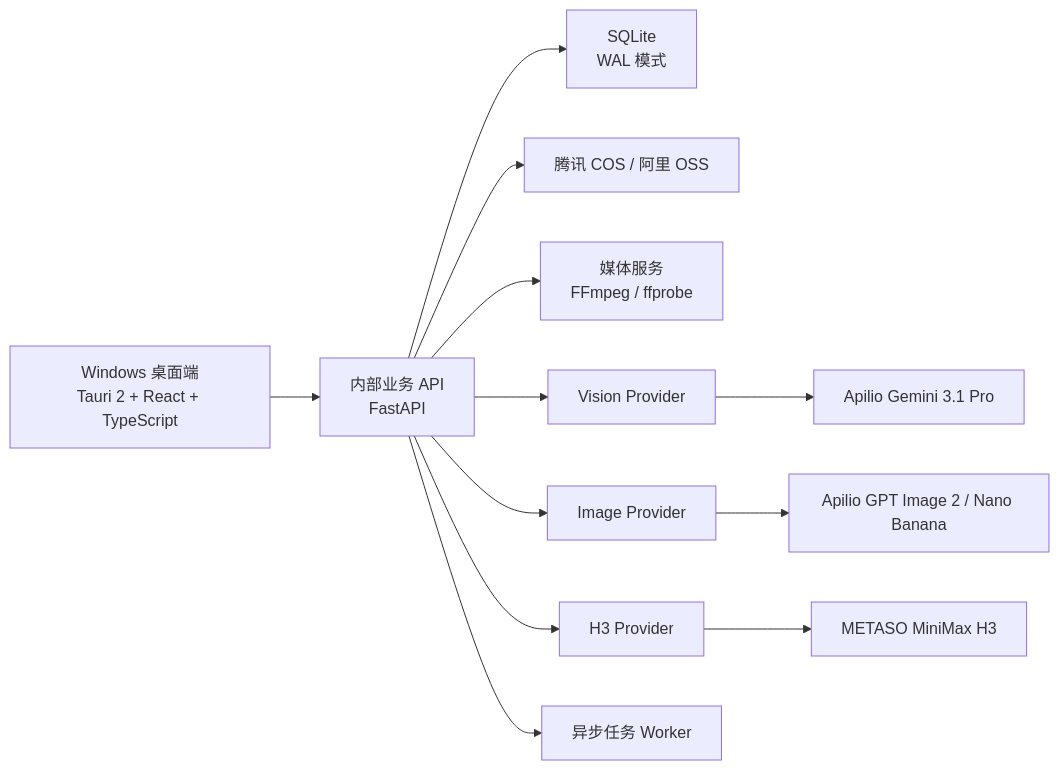
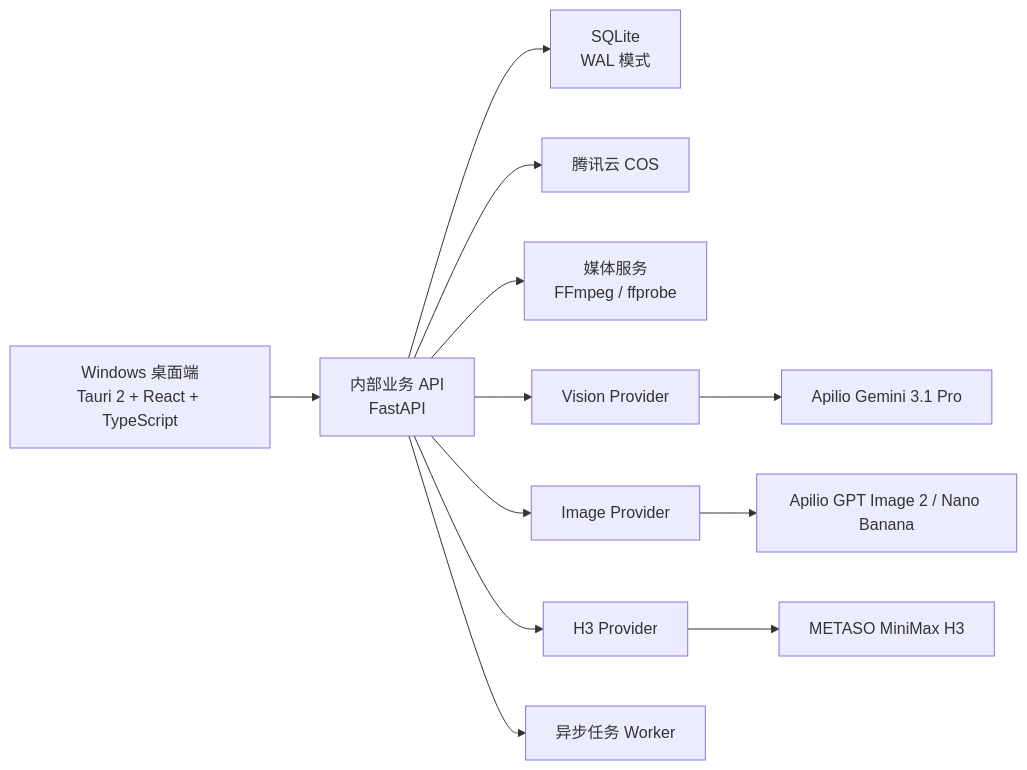
The second of 2 diagrams in docs/短视频复刻桌面端开发说明.md (phlong026/xiangshu-video-replica), drawn with Mermaid before and after one commit. The commit also changed other lines of this file and 40 other files, not shown here.

```diff
--- a/docs/短视频复刻桌面端开发说明.md
+++ b/docs/短视频复刻桌面端开发说明.md
@@ -1262,14 +1252,14 @@
 ~~~mermaid
 flowchart LR
     A["Windows 桌面端<br/>Tauri 2 + React + TypeScript"] --> B["内部业务 API<br/>FastAPI"]
     B --> C["SQLite<br/>WAL 模式"]
-    B --> D["腾讯 COS / 阿里 OSS"]
+    B --> D["腾讯云 COS"]
     B --> E["媒体服务<br/>FFmpeg / ffprobe"]
     B --> F["Vision Provider"]
     B --> G["Image Provider"]
     B --> H["H3 Provider"]
     B --> J["异步任务 Worker"]
     F --> K["Apilio Gemini 3.1 Pro"]
     G --> L["Apilio GPT Image 2 / Nano Banana"]
     H --> M["METASO MiniMax H3"]
 ~~~
```
